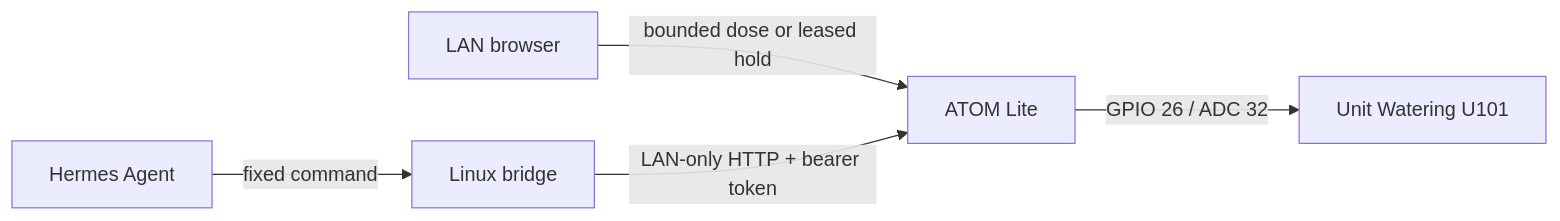
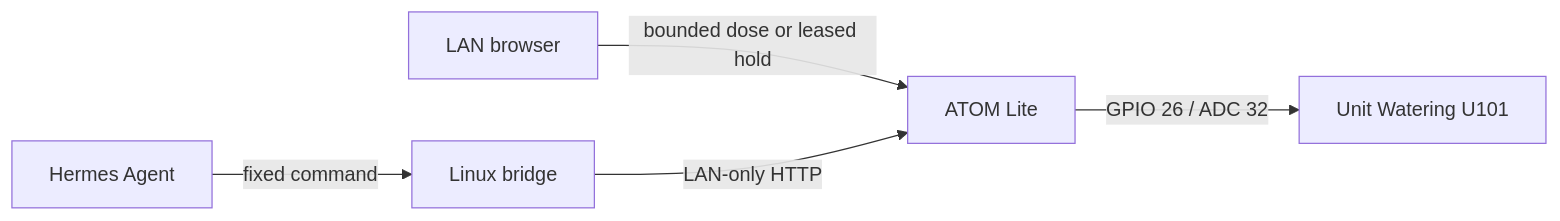
One commit to kandotrun/tree changed the diagram in README.md. Above: the diagram before and after it, drawn with Mermaid. The commit also changed other lines of this file and 26 other files, not shown here.

````diff
--- a/README.md
+++ b/README.md
@@ -16,7 +16,7 @@
 ```mermaid
 flowchart LR
     W[LAN browser] -->|bounded dose or leased hold| A[ATOM Lite]
     H[Hermes Agent] -->|fixed command| B[Linux bridge]
-    B -->|LAN-only HTTP + bearer token| A[ATOM Lite]
+    B -->|LAN-only HTTP| A[ATOM Lite]
     A -->|GPIO 26 / ADC 32| U[Unit Watering U101]
 ```
````
